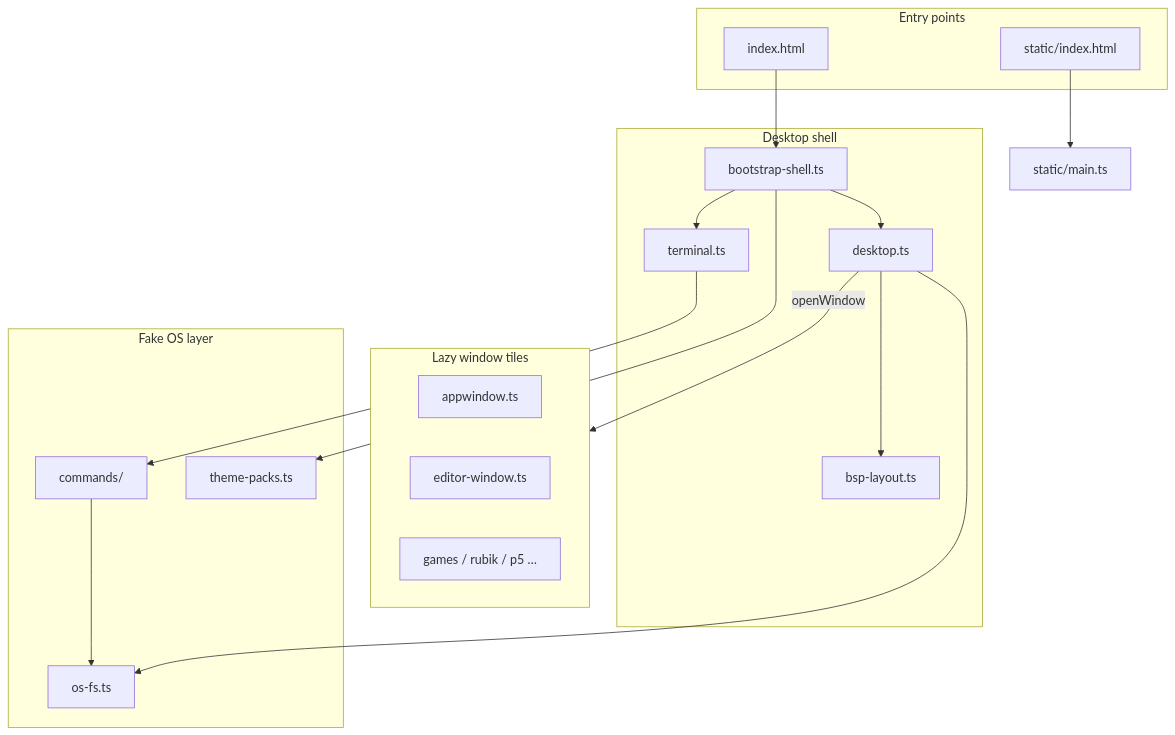
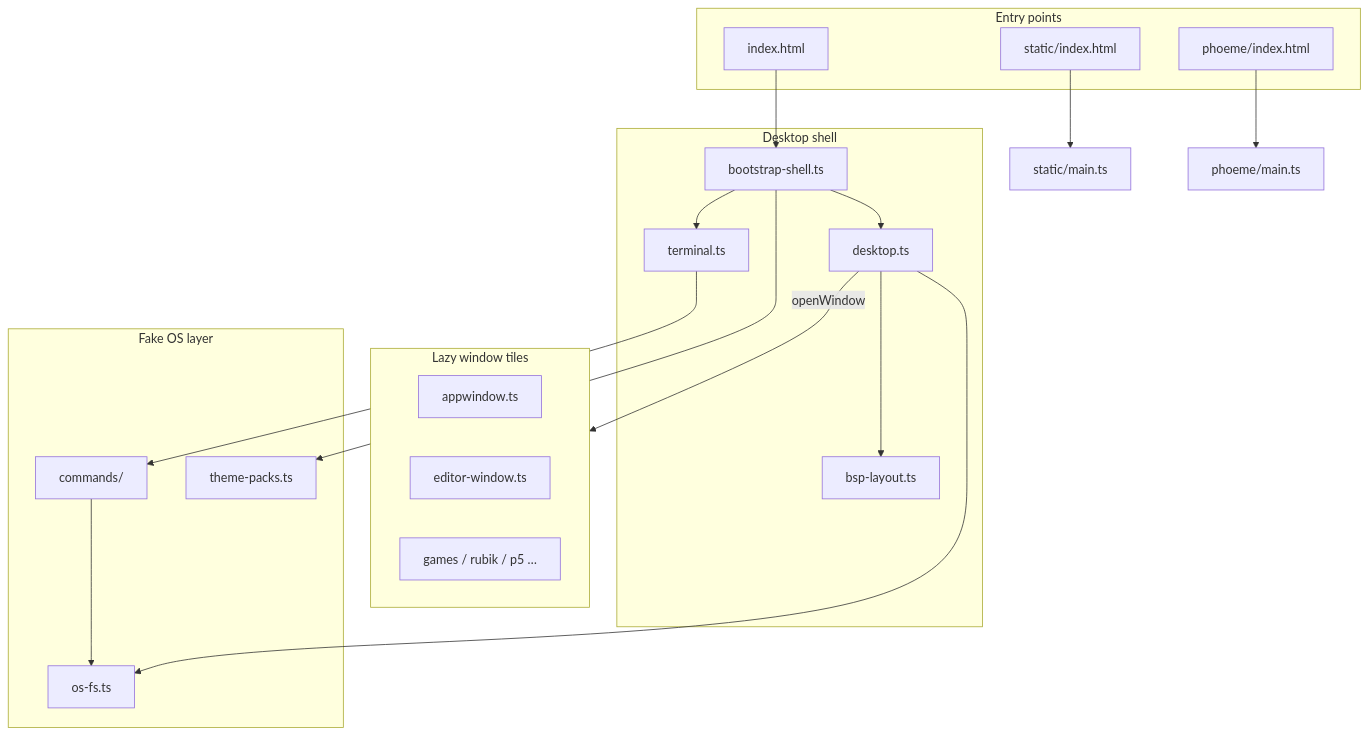
Before and after one commit to namefailed/namefailed.github.io: the diagram in docs/OVERVIEW.md, drawn with Mermaid. The commit also changed other lines of this file and 8 other files, not shown here.

````diff
--- a/docs/OVERVIEW.md
+++ b/docs/OVERVIEW.md
@@ -24,36 +24,38 @@
 ```mermaid
 flowchart TB
   subgraph entries [Entry points]
     IDX[index.html]
     STA[static/index.html]
+    PHO[phoeme/index.html]
   end
 
   subgraph desktop [Desktop shell]
     BOOT[bootstrap-shell.ts]
     DESK[desktop.ts]
     TERM[terminal.ts]
     BSP[bsp-layout.ts]
   end
 
   subgraph tiles [Lazy window tiles]
     APP[appwindow.ts]
     EDIT[editor-window.ts]
     GAMES[games / rubik / p5 …]
   end
 
   subgraph os [Fake OS layer]
     VFS[os-fs.ts]
     CMD[commands/]
     THEME[theme-packs.ts]
   end
 
   IDX --> BOOT --> DESK
   BOOT --> TERM
   DESK --> BSP
   DESK -->|openWindow| tiles
   TERM --> CMD
   CMD --> VFS
   DESK --> VFS
   BOOT --> THEME
   STA --> BRO[static/main.ts]
+  PHO --> PM[phoeme/main.ts]
 ```
````
